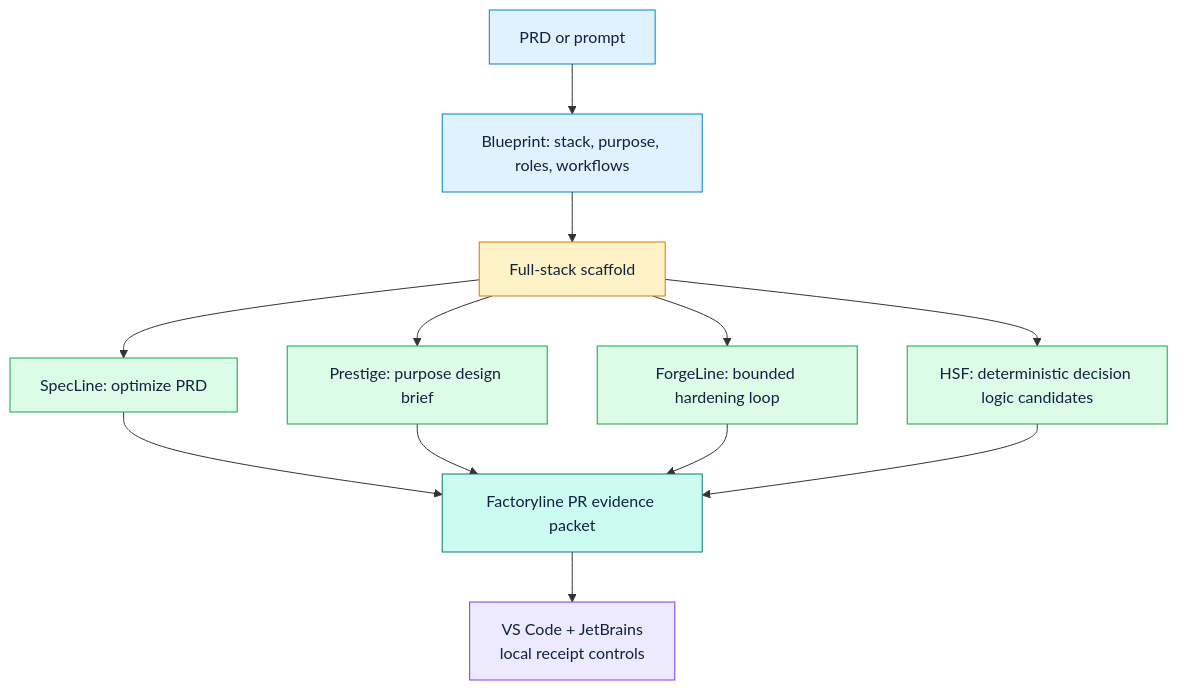
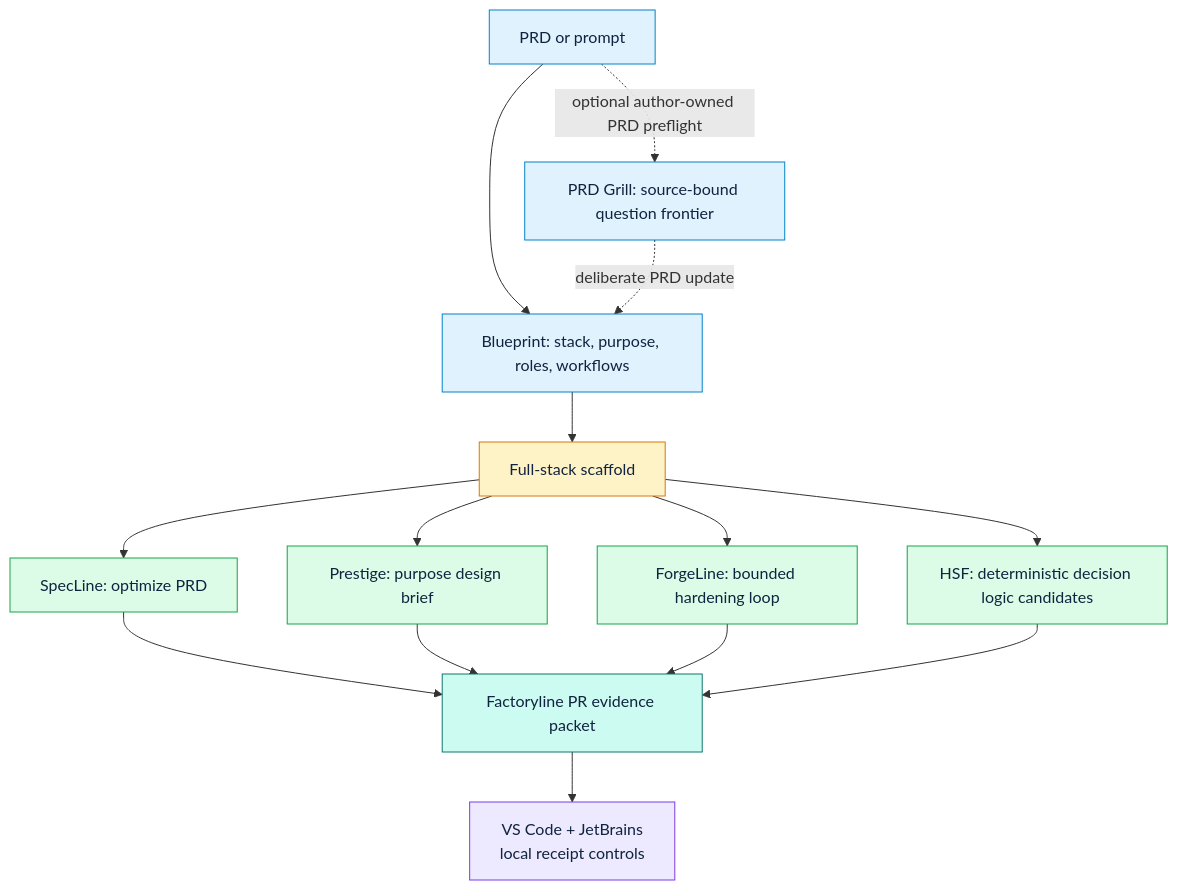
Before and after one commit to zrk222/code-factory: the diagram in docs/APP_BUILDER.md, drawn with Mermaid. The commit also changed other lines of this file and 46 other files, not shown here.

Commit message:
feat: add source-bound PRD Grill

````diff
--- a/docs/APP_BUILDER.md
+++ b/docs/APP_BUILDER.md
@@ -23,24 +23,26 @@
 ```mermaid
 flowchart TD
-    A["PRD or prompt"] --> B["Blueprint: stack, purpose, roles, workflows"]
-    B --> C["Full-stack scaffold"]
-    C --> D["SpecLine: optimize PRD"]
-    C --> E["Prestige: purpose design brief"]
-    C --> F["ForgeLine: bounded hardening loop"]
-    C --> G["HSF: deterministic decision logic candidates"]
-    D --> H["Factoryline PR evidence packet"]
-    E --> H
-    F --> H
-    G --> H
-    H --> I["VS Code + JetBrains\nlocal receipt controls"]
+    A["PRD or prompt"] --> C["Blueprint: stack, purpose, roles, workflows"]
+    A -. "optional author-owned PRD preflight" .-> B["PRD Grill: source-bound question frontier"]
+    B -. "deliberate PRD update" .-> C
+    C --> D["Full-stack scaffold"]
+    D --> E["SpecLine: optimize PRD"]
+    D --> F["Prestige: purpose design brief"]
+    D --> G["ForgeLine: bounded hardening loop"]
+    D --> H["HSF: deterministic decision logic candidates"]
+    E --> I["Factoryline PR evidence packet"]
+    F --> I
+    G --> I
+    H --> I
+    I --> J["VS Code + JetBrains\nlocal receipt controls"]
     classDef intent fill:#e0f2fe,stroke:#0284c7,color:#10233f
     classDef scaffold fill:#fef3c7,stroke:#d97706,color:#10233f
     classDef gate fill:#dcfce7,stroke:#16a34a,color:#10233f
     classDef proof fill:#ccfbf1,stroke:#0f766e,color:#10233f
     classDef editor fill:#ede9fe,stroke:#7c3aed,color:#10233f
-    class A,B intent
-    class C scaffold
-    class D,E,F,G gate
-    class H proof
-    class I editor
+    class A,B,C intent
+    class D scaffold
+    class E,F,G,H gate
+    class I proof
+    class J editor
 ```
````
